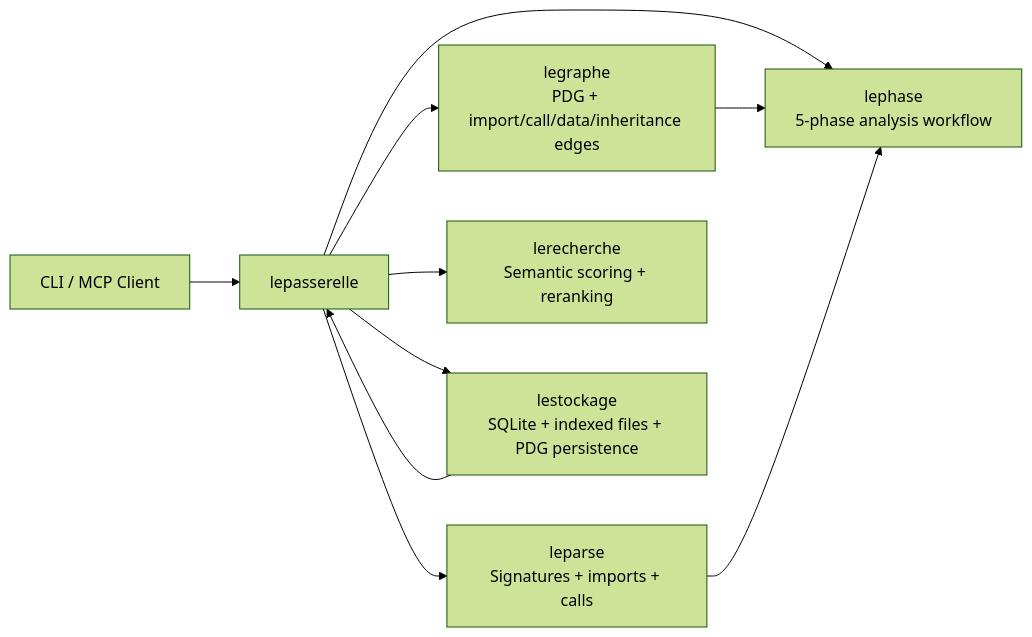
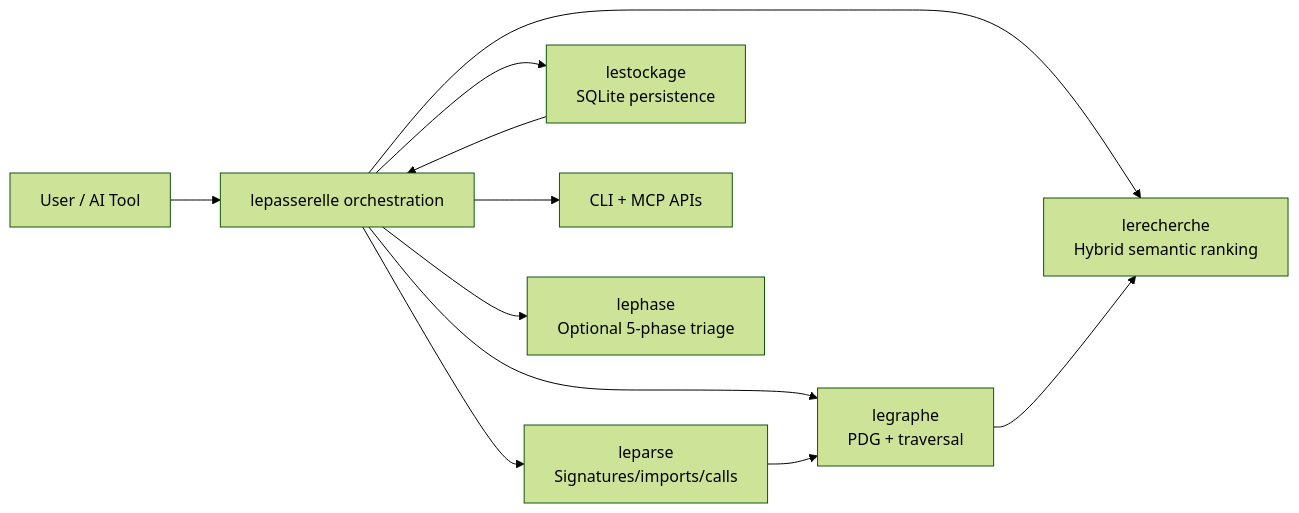
One commit to scooter-lacroix/LeIndex changed the first of 2 diagrams in ARCHITECTURE.md. Above: the diagram before and after it, drawn with Mermaid (forest theme). The commit also changed other lines of this file and 130 other files, not shown here.

````diff
--- a/ARCHITECTURE.md
+++ b/ARCHITECTURE.md
@@ -13,14 +18,16 @@
 ```mermaid
 flowchart LR
-    UI[CLI / MCP Client] --> PASS[lepasserelle]
+    U[User / AI Tool] --> PASS[lepasserelle orchestration]
 
-    PASS --> PARSE[leparse\nSignatures + imports + calls]
-    PASS --> GRAPH[legraphe\nPDG + import/call/data/inheritance edges]
-    PASS --> SEARCH[lerecherche\nSemantic scoring + reranking]
-    PASS --> STORE[lestockage\nSQLite + indexed files + PDG persistence]
-    PASS --> PHASE[lephase\n5-phase analysis workflow]
+    PASS --> PARSE[leparse\nSignatures/imports/calls]
+    PASS --> GRAPH[legraphe\nPDG + traversal]
+    PASS --> SEARCH[lerecherche\nHybrid semantic ranking]
+    PASS --> STORE[lestockage\nSQLite persistence]
 
+    PASS --> SURFACES[CLI + MCP APIs]
+    PASS --> PHASE[lephase\nOptional 5-phase triage]
+
+    PARSE --> GRAPH
+    GRAPH --> SEARCH
     STORE --> PASS
-    GRAPH --> PHASE
-    PARSE --> PHASE
 ```
````
